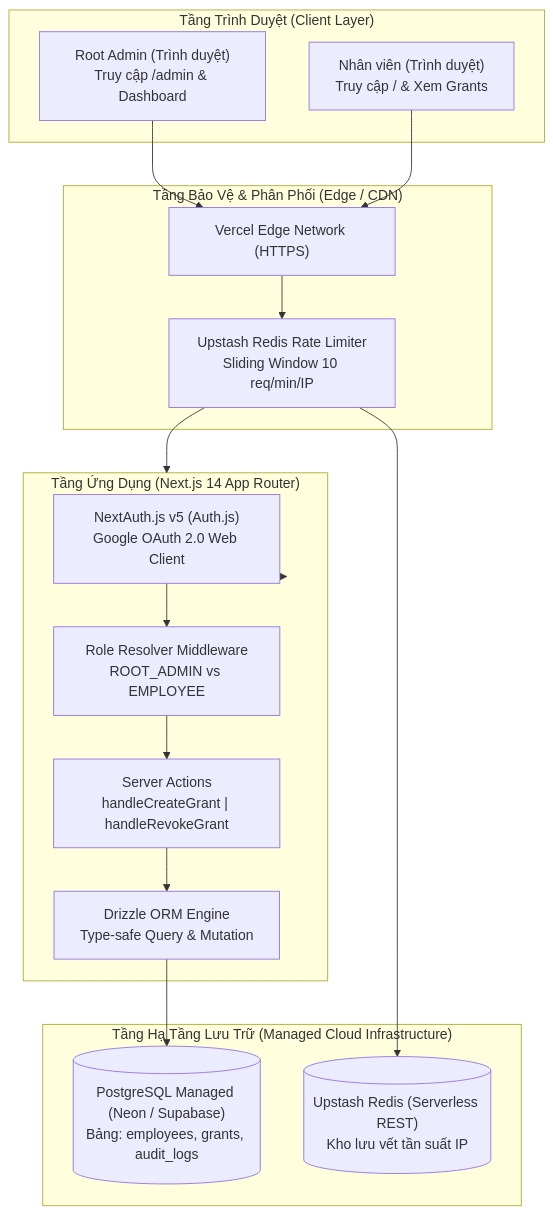
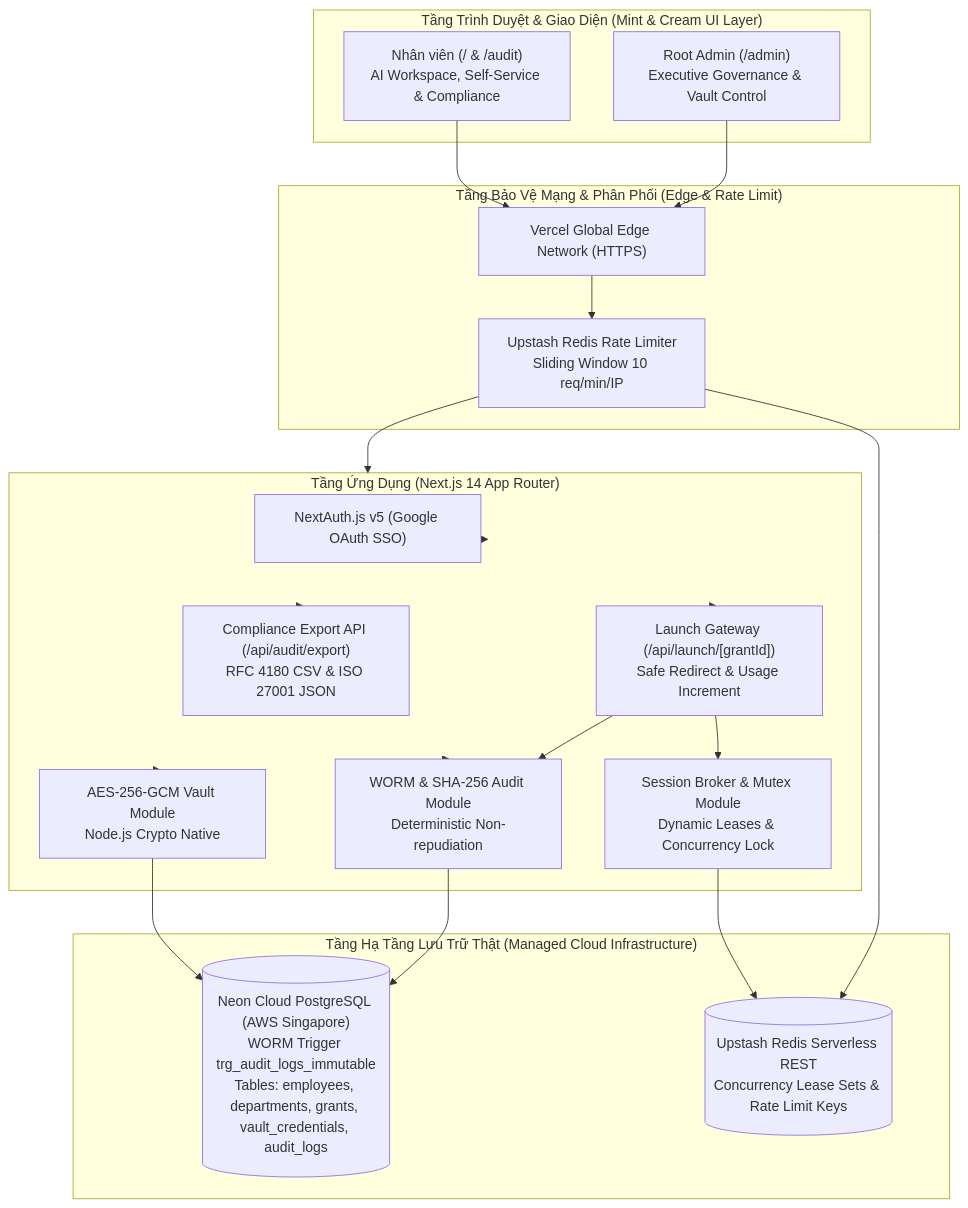
One commit to philipsgn/Ai-Gateway changed the diagram in docs/TECH_ARCHITECTURE.md. Above: the diagram before and after it, drawn with Mermaid. The commit also changed other lines of this file and 5 other files, not shown here.

Commit message:
feat(audit): modernize audit & compliance dashboard with Mint & Cream design and ROI metrics

````diff
--- a/docs/TECH_ARCHITECTURE.md
+++ b/docs/TECH_ARCHITECTURE.md
@@ -17,35 +17,42 @@
 ```mermaid
 flowchart TD
-    subgraph Clients["Tầng Trình Duyệt (Client Layer)"]
-        BrowserAdmin["Root Admin (Trình duyệt)<br/>Truy cập /admin & Dashboard"]
-        BrowserEmp["Nhân viên (Trình duyệt)<br/>Truy cập / & Xem Grants"]
+    subgraph Clients["Tầng Trình Duyệt & Giao Diện (Mint & Cream UI Layer)"]
+        BrowserAdmin["Root Admin (/admin)<br/>Executive Governance & Vault Control"]
+        BrowserEmp["Nhân viên (/ & /audit)<br/>AI Workspace, Self-Service & Compliance"]
     end
 
-    subgraph SecurityGate["Tầng Bảo Vệ & Phân Phối (Edge / CDN)"]
-        VercelEdge["Vercel Edge Network (HTTPS)"]
+    subgraph SecurityGate["Tầng Bảo Vệ Mạng & Phân Phối (Edge & Rate Limit)"]
+        VercelEdge["Vercel Global Edge Network (HTTPS)"]
         RateLimiter["Upstash Redis Rate Limiter<br/>Sliding Window 10 req/min/IP"]
     end
 
     subgraph AppServer["Tầng Ứng Dụng (Next.js 14 App Router)"]
-        AuthModule["NextAuth.js v5 (Auth.js)<br/>Google OAuth 2.0 Web Client"]
-        RoleResolver["Role Resolver Middleware<br/>ROOT_ADMIN vs EMPLOYEE"]
-        ServerActions["Server Actions<br/>handleCreateGrant | handleRevokeGrant"]
-        DrizzleORM["Drizzle ORM Engine<br/>Type-safe Query & Mutation"]
+        AuthModule["NextAuth.js v5 (Google OAuth SSO)"]
+        LaunchGateway["Launch Gateway (/api/launch/[grantId])<br/>Safe Redirect & Usage Increment"]
+        ExportEngine["Compliance Export API (/api/audit/export)<br/>RFC 4180 CSV & ISO 27001 JSON"]
+        SessionBroker["Session Broker & Mutex Module<br/>Dynamic Leases & Concurrency Lock"]
+        VaultModule["AES-256-GCM Vault Module<br/>Node.js Crypto Native"]
+        AuditModule["WORM & SHA-256 Audit Module<br/>Deterministic Non-repudiation"]
     end
 
-    subgraph CloudInfra["Tầng Hạ Tầng Lưu Trữ (Managed Cloud Infrastructure)"]
-        Postgres[("PostgreSQL Managed (Neon / Supabase)<br/>Bảng: employees, grants, audit_logs")]
-        RedisStore[("Upstash Redis (Serverless REST)<br/>Kho lưu vết tần suất IP")]
+    subgraph CloudInfra["Tầng Hạ Tầng Lưu Trữ Thật (Managed Cloud Infrastructure)"]
+        Postgres[("Neon Cloud PostgreSQL (AWS Singapore)<br/>WORM Trigger trg_audit_logs_immutable<br/>Tables: employees, departments, grants, vault_credentials, audit_logs")]
+        RedisStore[("Upstash Redis Serverless REST<br/>Concurrency Lease Sets & Rate Limit Keys")]
     end
 
     BrowserAdmin --> VercelEdge
     BrowserEmp --> VercelEdge
     VercelEdge --> RateLimiter
     RateLimiter --> RedisStore
     RateLimiter --> AppServer
     AppServer --> AuthModule
-    AuthModule --> RoleResolver
-    RoleResolver --> ServerActions
-    ServerActions --> DrizzleORM
-    DrizzleORM --> Postgres
+    AppServer --> LaunchGateway
+    AppServer --> ExportEngine
+    LaunchGateway --> SessionBroker
+    SessionBroker --> RedisStore
+    LaunchGateway --> AuditModule
+    AppServer --> VaultModule
+    AppServer --> AuditModule
+    AuditModule --> Postgres
+    VaultModule --> Postgres
 ```
````
